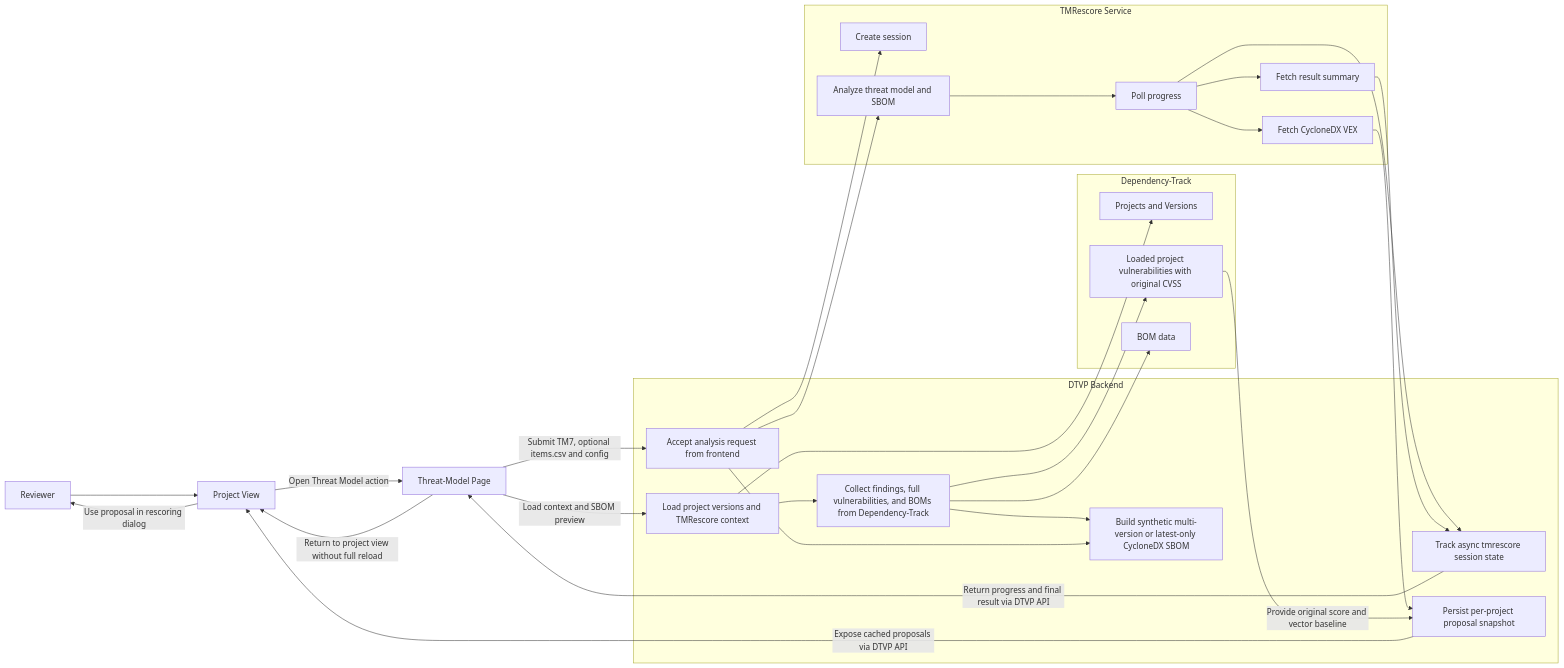
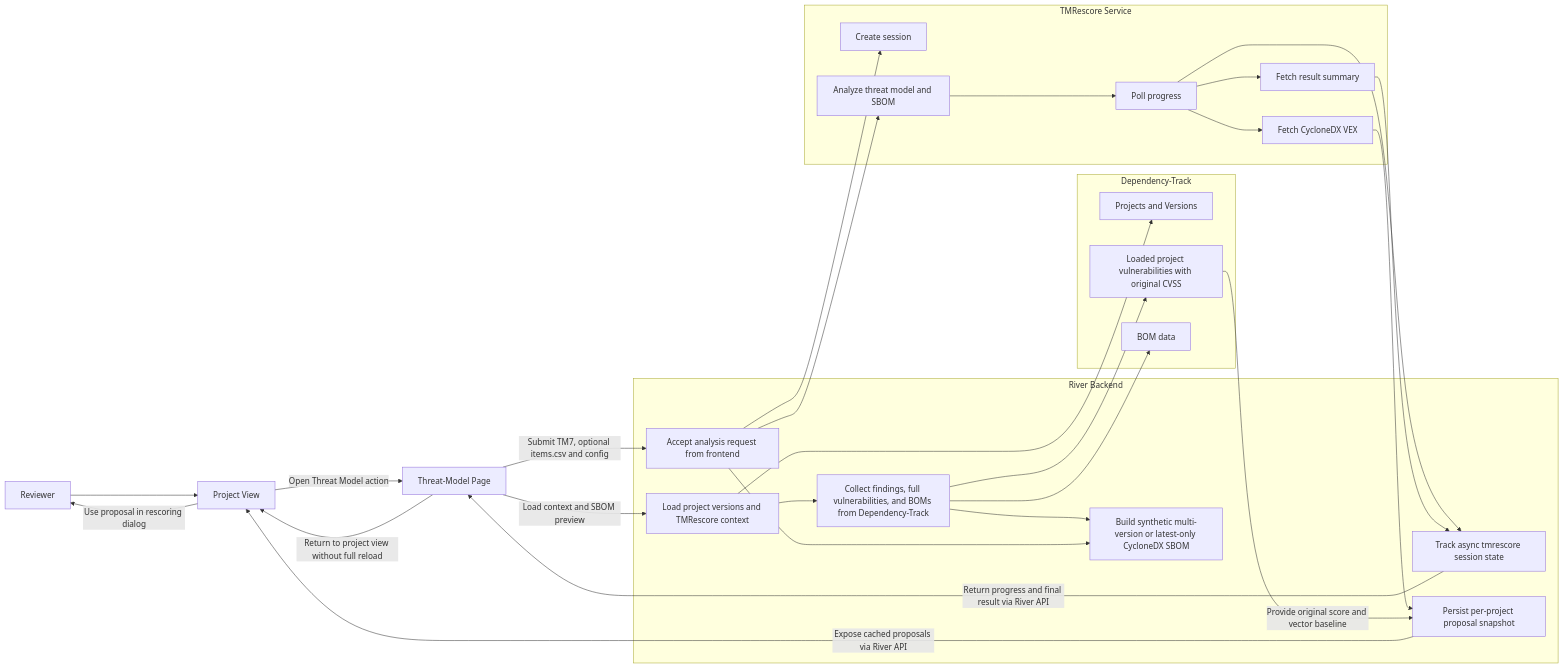
Before and after one commit to phbaer/dtvp: the second of 2 diagrams in docs/workflow-flowcharts.md, drawn with Mermaid. The commit also changed other lines of this file and 169 other files, not shown here.

First line of the commit message:
feat(brand): rename the product from DTVP to River

````diff
--- a/docs/workflow-flowcharts.md
+++ b/docs/workflow-flowcharts.md
@@ -64,55 +64,55 @@
 ```mermaid
 flowchart LR
     User[Reviewer] --> ProjectView[Project View]
     ProjectView -->|Open Threat Model action| TMView[Threat-Model Page]
 
-    subgraph DTVP["DTVP Backend"]
+    subgraph River["River Backend"]
         Context[Load project versions and TMRescore context]
         Inventory[Collect findings, full vulnerabilities, and BOMs from Dependency-Track]
         SyntheticSBOM[Build synthetic multi-version or latest-only CycloneDX SBOM]
         AnalyzeRequest[Accept analysis request from frontend]
         SessionCache[Track async tmrescore session state]
         ProposalCache[Persist per-project proposal snapshot]
     end
 
     subgraph DT["Dependency-Track"]
         DTProjects[Projects and Versions]
         DTVulns[Loaded project vulnerabilities with original CVSS]
         DTBOMs[BOM data]
     end
 
     subgraph TMR["TMRescore Service"]
         Session[Create session]
         Analyze[Analyze threat model and SBOM]
         Progress[Poll progress]
         Results[Fetch result summary]
         VEX[Fetch CycloneDX VEX]
     end
 
     TMView -->|Load context and SBOM preview| Context
     TMView -->|Submit TM7, optional items.csv and config| AnalyzeRequest
     Context --> DTProjects
     Context --> Inventory
     Inventory --> DTVulns
     Inventory --> DTBOMs
     Inventory --> SyntheticSBOM
 
     AnalyzeRequest --> SyntheticSBOM
     AnalyzeRequest --> Session
     AnalyzeRequest --> Analyze
     Analyze --> Progress
     Progress --> SessionCache
 
     Progress --> Results
     Results --> SessionCache
 
     Progress --> VEX
     VEX --> ProposalCache
     DTVulns -->|Provide original score and vector baseline| ProposalCache
 
-    SessionCache -->|Return progress and final result via DTVP API| TMView
-    ProposalCache -->|Expose cached proposals via DTVP API| ProjectView
+    SessionCache -->|Return progress and final result via River API| TMView
+    ProposalCache -->|Expose cached proposals via River API| ProjectView
 
     ProjectView -->|Use proposal in rescoring dialog| User
     TMView -->|Return to project view without full reload| ProjectView
 ```
````
